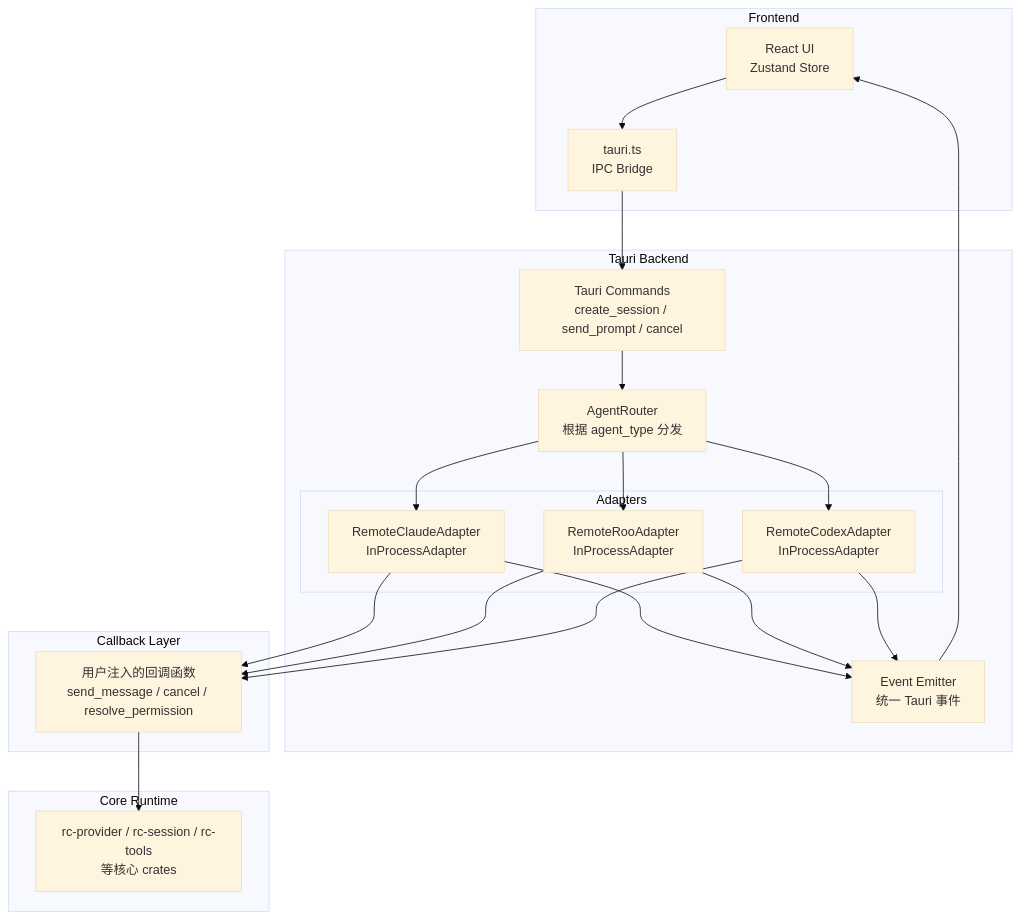
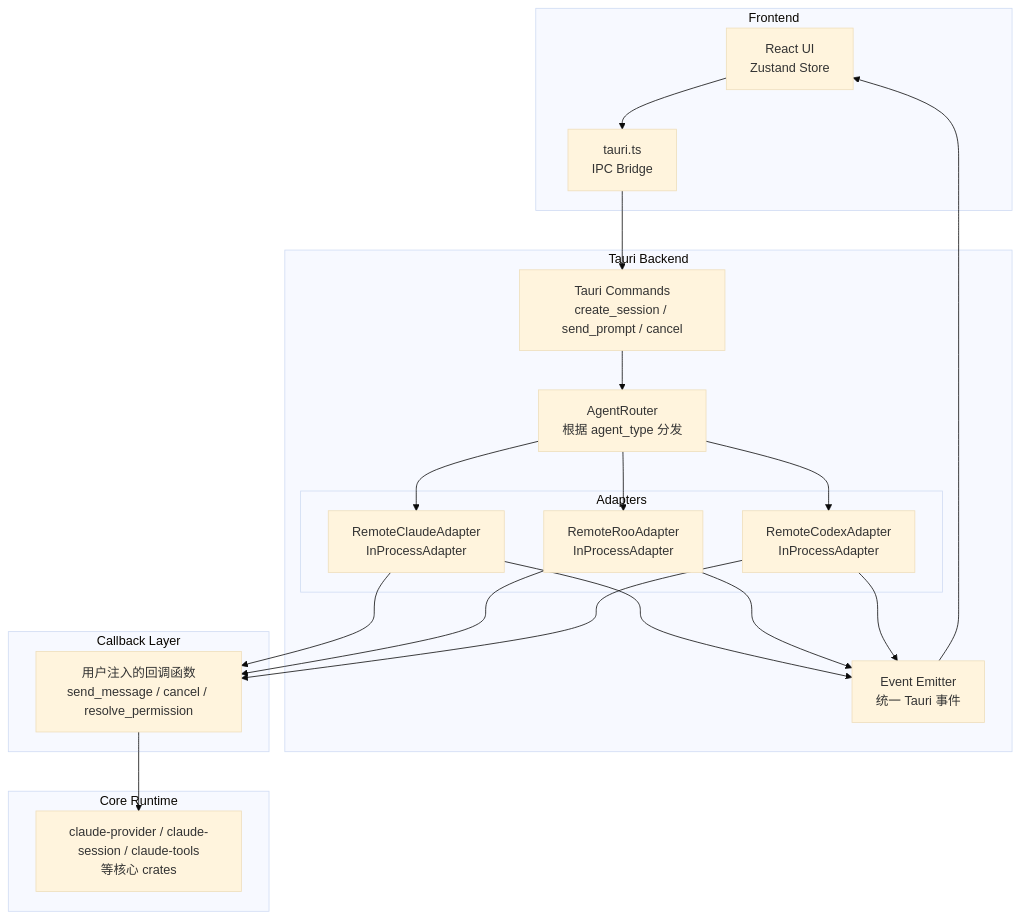
One commit to yanzhi0922/remote-code-rust changed the diagram in plans/multi-agent-architecture.md. Above: the diagram before and after it, drawn with Mermaid (base theme). The commit also changed other lines of this file and 904 other files, not shown here.

````diff
--- a/plans/multi-agent-architecture.md
+++ b/plans/multi-agent-architecture.md
@@ -30,46 +30,46 @@
 ```mermaid
 graph TB
     subgraph Frontend
         UI[React UI<br/>Zustand Store]
         TS[tauri.ts<br/>IPC Bridge]
     end
 
     subgraph Tauri Backend
         CMD[Tauri Commands<br/>create_session / send_prompt / cancel]
         ROUTER[AgentRouter<br/>根据 agent_type 分发]
         
         subgraph Adapters
             RCA[RemoteClaudeAdapter<br/>InProcessAdapter]
             RA[RemoteRooAdapter<br/>InProcessAdapter]
             CA[RemoteCodexAdapter<br/>InProcessAdapter]
         end
 
         EMIT[Event Emitter<br/>统一 Tauri 事件]
     end
 
     subgraph Callback Layer
         CALLBACKS[用户注入的回调函数<br/>send_message / cancel / resolve_permission]
     end
 
     subgraph Core Runtime
-        RC_CORE[rc-provider / rc-session / rc-tools<br/>等核心 crates]
+        RC_CORE[claude-provider / claude-session / claude-tools<br/>等核心 crates]
     end
 
     UI --> TS
     TS --> CMD
     CMD --> ROUTER
     ROUTER --> RCA
     ROUTER --> RA
     ROUTER --> CA
     
     RCA --> CALLBACKS
     RA --> CALLBACKS
     CA --> CALLBACKS
     
     CALLBACKS --> RC_CORE
     
     RCA --> EMIT
     RA --> EMIT
     CA --> EMIT
     EMIT --> UI
 ```
````
